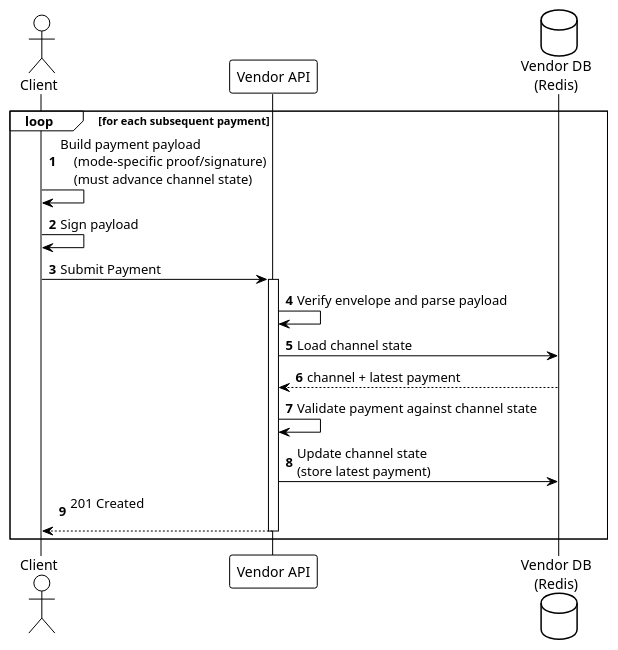
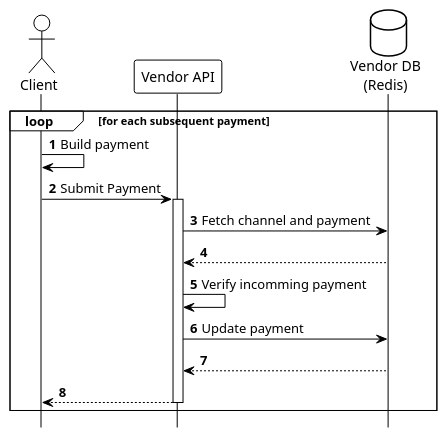
The diagram in umls/phase2b-subsequent-payments.puml (otaviootavio/nanomoni), drawn with PlantUML before and after one commit. The commit also changed 6 other files, not shown here.

First line of the commit message:
Refactor UML diagrams for clarity and consistency

```diff
--- a/umls/phase2b-subsequent-payments.puml
+++ b/umls/phase2b-subsequent-payments.puml
@@ -1,32 +1,32 @@
 @startuml Phase2b_Subsequent_Payments
 
 !theme plain
 autonumber
+
+hide footbox
 
 actor "Client" as Client
 participant "Vendor API" as Vendor
 database "Vendor DB\n(Redis)" as VendorDB
 
 loop for each subsequent payment
 
-    Client -> Client: Build payment payload\n    (mode-specific proof/signature)\n    (must advance channel state)
-    Client -> Client: Sign payload
+    Client -> Client: Build payment
 
     Client -> Vendor: Submit Payment
     activate Vendor
 
-    Vendor -> Vendor: Verify envelope and parse payload
+    Vendor -> VendorDB: Fetch channel and payment
+    VendorDB --> Vendor: 
 
-    Vendor -> VendorDB: Load channel state
-    VendorDB --> Vendor: channel + latest payment
+    Vendor -> Vendor: Verify incomming payment
 
-    Vendor -> Vendor: Validate payment against channel state
-
-    Vendor -> VendorDB: Update channel state\n(store latest payment)
+    Vendor -> VendorDB: Update payment
+    VendorDB --> Vendor: 
     
-    Vendor --> Client: 201 Created\n
+    Vendor --> Client:
     deactivate Vendor
 
 end
 
 @enduml
```
